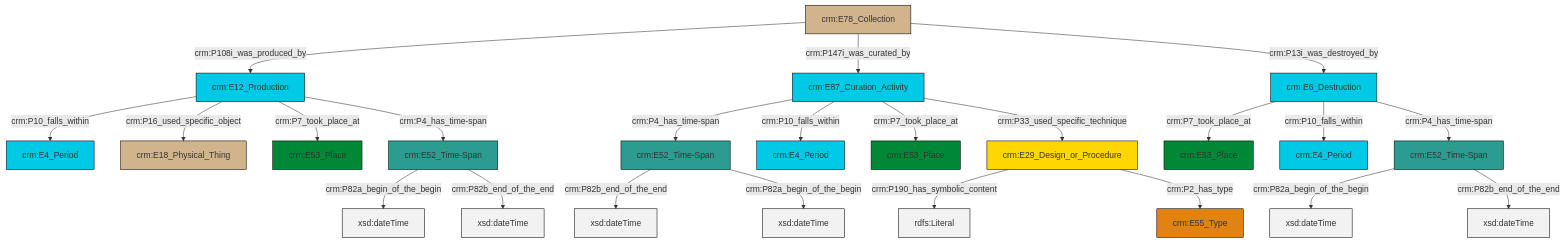
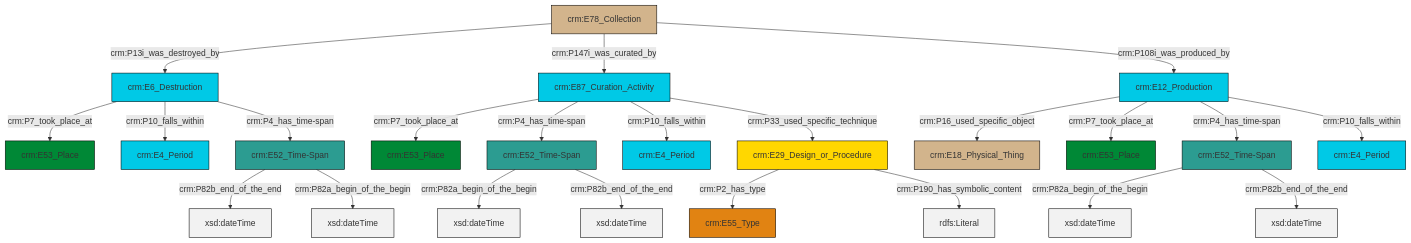
Before and after one commit to swiss-art-research-net/docs.swissartresearch: the diagram in et/archivalCSV/ttl/mmd/archival_existence.ttl.mmd, drawn with Mermaid. The commit also changed 172 other files, not shown here.

```diff
--- a/et/archivalCSV/ttl/mmd/archival_existence.ttl.mmd
+++ b/et/archivalCSV/ttl/mmd/archival_existence.ttl.mmd
@@ -1,37 +1,37 @@
 graph TD
 classDef Literal fill:#f2f2f2,stroke:#000000;
 classDef CRM_Entity fill:#FFFFFF,stroke:#000000;
 classDef Temporal_Entity fill:#00C9E6, stroke:#000000;
 classDef Type fill:#E18312, stroke:#000000;
 classDef Time-Span fill:#2C9C91, stroke:#000000;
 classDef Appellation fill:#FFEB7F, stroke:#000000;
 classDef Place fill:#008836, stroke:#000000;
 classDef Persistent_Item fill:#B266B2, stroke:#000000;
 classDef Conceptual_Object fill:#FFD700, stroke:#000000;
 classDef Physical_Thing fill:#D2B48C, stroke:#000000;
 classDef Actor fill:#f58aad, stroke:#000000;
 classDef PC_Classes fill:#4ce600, stroke:#000000;
 classDef Multi fill:#cccccc,stroke:#000000;
 
-0["crm:E78_Collection"]:::Physical_Thing -->|crm:P108i_was_produced_by| 1["crm:E12_Production"]:::Temporal_Entity
-6["crm:E87_Curation_Activity"]:::Temporal_Entity -->|crm:P4_has_time-span| 7["crm:E52_Time-Span"]:::Time-Span
-8["crm:E52_Time-Span"]:::Time-Span -->|crm:P82a_begin_of_the_begin| 9[xsd:dateTime]:::Literal
-10["crm:E29_Design_or_Procedure"]:::Conceptual_Object -->|crm:P190_has_symbolic_content| 11[rdfs:Literal]:::Literal
-10["crm:E29_Design_or_Procedure"]:::Conceptual_Object -->|crm:P2_has_type| 2["crm:E55_Type"]:::Type
-1["crm:E12_Production"]:::Temporal_Entity -->|crm:P10_falls_within| 12["crm:E4_Period"]:::Temporal_Entity
-0["crm:E78_Collection"]:::Physical_Thing -->|crm:P147i_was_curated_by| 6["crm:E87_Curation_Activity"]:::Temporal_Entity
-1["crm:E12_Production"]:::Temporal_Entity -->|crm:P16_used_specific_object| 18["crm:E18_Physical_Thing"]:::Physical_Thing
-6["crm:E87_Curation_Activity"]:::Temporal_Entity -->|crm:P10_falls_within| 21["crm:E4_Period"]:::Temporal_Entity
-7["crm:E52_Time-Span"]:::Time-Span -->|crm:P82b_end_of_the_end| 22[xsd:dateTime]:::Literal
-23["crm:E52_Time-Span"]:::Time-Span -->|crm:P82a_begin_of_the_begin| 24[xsd:dateTime]:::Literal
-0["crm:E78_Collection"]:::Physical_Thing -->|crm:P13i_was_destroyed_by| 16["crm:E6_Destruction"]:::Temporal_Entity
-1["crm:E12_Production"]:::Temporal_Entity -->|crm:P7_took_place_at| 26["crm:E53_Place"]:::Place
-23["crm:E52_Time-Span"]:::Time-Span -->|crm:P82b_end_of_the_end| 27[xsd:dateTime]:::Literal
-16["crm:E6_Destruction"]:::Temporal_Entity -->|crm:P7_took_place_at| 19["crm:E53_Place"]:::Place
-16["crm:E6_Destruction"]:::Temporal_Entity -->|crm:P10_falls_within| 4["crm:E4_Period"]:::Temporal_Entity
-7["crm:E52_Time-Span"]:::Time-Span -->|crm:P82a_begin_of_the_begin| 32[xsd:dateTime]:::Literal
-6["crm:E87_Curation_Activity"]:::Temporal_Entity -->|crm:P7_took_place_at| 14["crm:E53_Place"]:::Place
-16["crm:E6_Destruction"]:::Temporal_Entity -->|crm:P4_has_time-span| 23["crm:E52_Time-Span"]:::Time-Span
-1["crm:E12_Production"]:::Temporal_Entity -->|crm:P4_has_time-span| 8["crm:E52_Time-Span"]:::Time-Span
-8["crm:E52_Time-Span"]:::Time-Span -->|crm:P82b_end_of_the_end| 37[xsd:dateTime]:::Literal
-6["crm:E87_Curation_Activity"]:::Temporal_Entity -->|crm:P33_used_specific_technique| 10["crm:E29_Design_or_Procedure"]:::Conceptual_Object
+2["crm:E87_Curation_Activity"]:::Temporal_Entity -->|crm:P7_took_place_at| 3["crm:E53_Place"]:::Place
+2["crm:E87_Curation_Activity"]:::Temporal_Entity -->|crm:P4_has_time-span| 8["crm:E52_Time-Span"]:::Time-Span
+9["crm:E78_Collection"]:::Physical_Thing -->|crm:P13i_was_destroyed_by| 0["crm:E6_Destruction"]:::Temporal_Entity
+10["crm:E52_Time-Span"]:::Time-Span -->|crm:P82a_begin_of_the_begin| 11[xsd:dateTime]:::Literal
+14["crm:E29_Design_or_Procedure"]:::Conceptual_Object -->|crm:P2_has_type| 6["crm:E55_Type"]:::Type
+9["crm:E78_Collection"]:::Physical_Thing -->|crm:P147i_was_curated_by| 2["crm:E87_Curation_Activity"]:::Temporal_Entity
+8["crm:E52_Time-Span"]:::Time-Span -->|crm:P82a_begin_of_the_begin| 15[xsd:dateTime]:::Literal
+0["crm:E6_Destruction"]:::Temporal_Entity -->|crm:P7_took_place_at| 17["crm:E53_Place"]:::Place
+18["crm:E12_Production"]:::Temporal_Entity -->|crm:P16_used_specific_object| 19["crm:E18_Physical_Thing"]:::Physical_Thing
+18["crm:E12_Production"]:::Temporal_Entity -->|crm:P7_took_place_at| 20["crm:E53_Place"]:::Place
+18["crm:E12_Production"]:::Temporal_Entity -->|crm:P4_has_time-span| 10["crm:E52_Time-Span"]:::Time-Span
+0["crm:E6_Destruction"]:::Temporal_Entity -->|crm:P10_falls_within| 12["crm:E4_Period"]:::Temporal_Entity
+10["crm:E52_Time-Span"]:::Time-Span -->|crm:P82b_end_of_the_end| 26[xsd:dateTime]:::Literal
+18["crm:E12_Production"]:::Temporal_Entity -->|crm:P10_falls_within| 28["crm:E4_Period"]:::Temporal_Entity
+14["crm:E29_Design_or_Procedure"]:::Conceptual_Object -->|crm:P190_has_symbolic_content| 29[rdfs:Literal]:::Literal
+9["crm:E78_Collection"]:::Physical_Thing -->|crm:P108i_was_produced_by| 18["crm:E12_Production"]:::Temporal_Entity
+21["crm:E52_Time-Span"]:::Time-Span -->|crm:P82b_end_of_the_end| 30[xsd:dateTime]:::Literal
+8["crm:E52_Time-Span"]:::Time-Span -->|crm:P82b_end_of_the_end| 31[xsd:dateTime]:::Literal
+2["crm:E87_Curation_Activity"]:::Temporal_Entity -->|crm:P10_falls_within| 4["crm:E4_Period"]:::Temporal_Entity
+0["crm:E6_Destruction"]:::Temporal_Entity -->|crm:P4_has_time-span| 21["crm:E52_Time-Span"]:::Time-Span
+2["crm:E87_Curation_Activity"]:::Temporal_Entity -->|crm:P33_used_specific_technique| 14["crm:E29_Design_or_Procedure"]:::Conceptual_Object
+21["crm:E52_Time-Span"]:::Time-Span -->|crm:P82a_begin_of_the_begin| 37[xsd:dateTime]:::Literal
```
